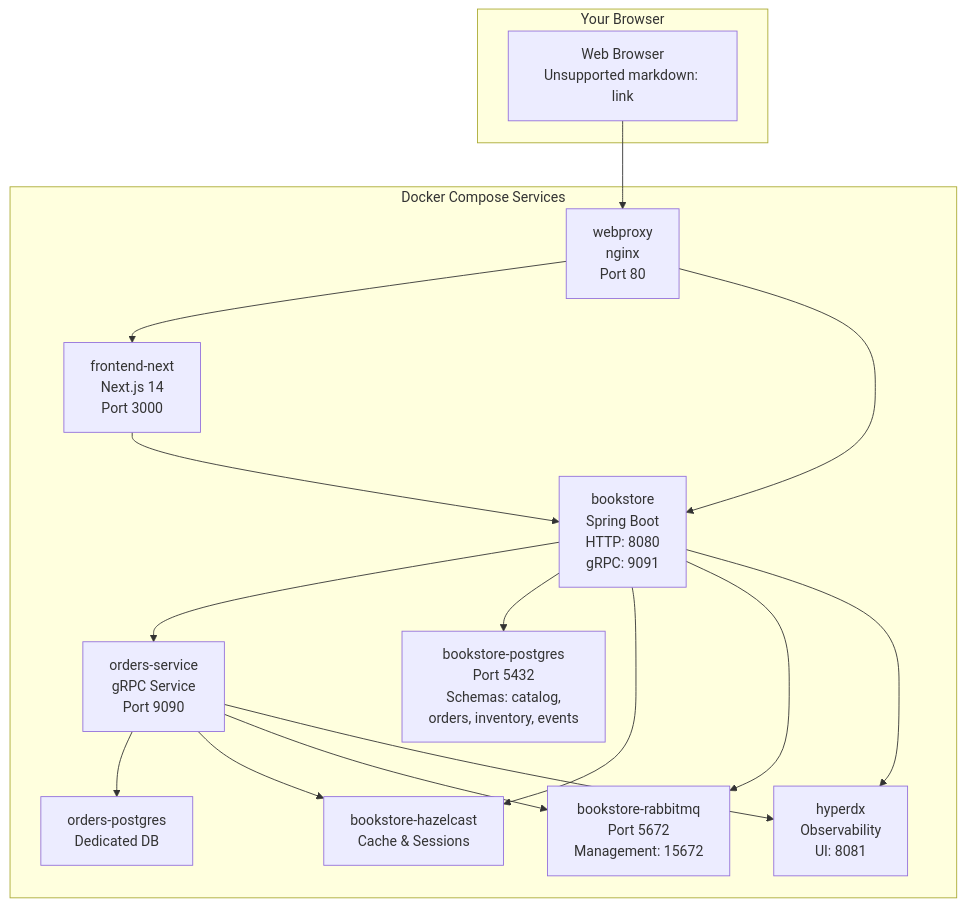
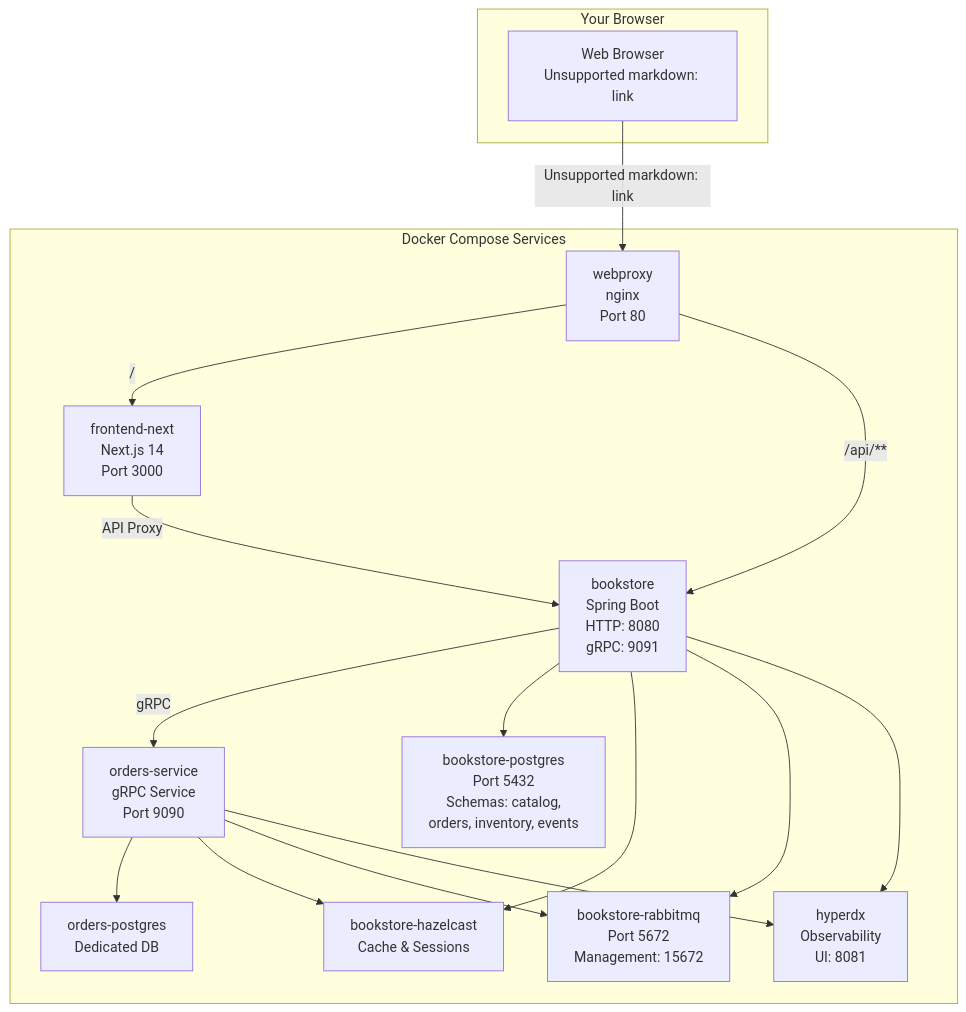
One commit to philipz/spring-modular-monolith changed the first of 4 diagrams in docs/deepwiki/Getting-Started.md. Above: the diagram before and after it, drawn with Mermaid. The commit also changed 55 other files, not shown here.

````diff
--- a/docs/deepwiki/Getting-Started.md
+++ b/docs/deepwiki/Getting-Started.md
@@ -45,44 +45,44 @@
 ```mermaid
 flowchart TD
 
 Browser["Web Browser<br>Unsupported markdown: link"]
 Nginx["webproxy<br>nginx<br>Port 80"]
 Frontend["frontend-next<br>Next.js 14<br>Port 3000"]
 Monolith["bookstore<br>Spring Boot<br>HTTP: 8080<br>gRPC: 9091"]
 OrdersSvc["orders-service<br>gRPC Service<br>Port 9090"]
 Postgres["bookstore-postgres<br>Port 5432<br>Schemas: catalog,<br>orders, inventory, events"]
 OrdersPG["orders-postgres<br>Dedicated DB"]
 RabbitMQ["bookstore-rabbitmq<br>Port 5672<br>Management: 15672"]
 Hazelcast["bookstore-hazelcast<br>Cache & Sessions"]
 HyperDX["hyperdx<br>Observability<br>UI: 8081"]
 
-Browser --> Nginx
+Browser -->|"Unsupported markdown: link"| Nginx
 
 subgraph subGraph1 ["Docker Compose Services"]
     Nginx
     Frontend
     Monolith
     OrdersSvc
     Postgres
     OrdersPG
     RabbitMQ
     Hazelcast
     HyperDX
-    Nginx --> Frontend
-    Nginx --> Monolith
-    Frontend --> Monolith
-    Monolith --> OrdersSvc
+    Nginx -->|"/"| Frontend
+    Nginx -->|"/api/**"| Monolith
+    Frontend -->|"API Proxy"| Monolith
+    Monolith -->|"gRPC"| OrdersSvc
     Monolith --> Postgres
     Monolith --> Hazelcast
     Monolith --> RabbitMQ
     Monolith --> HyperDX
     OrdersSvc --> OrdersPG
     OrdersSvc --> Hazelcast
     OrdersSvc --> RabbitMQ
     OrdersSvc --> HyperDX
 end
 
 subgraph subGraph0 ["Your Browser"]
     Browser
 end
 ```
````
